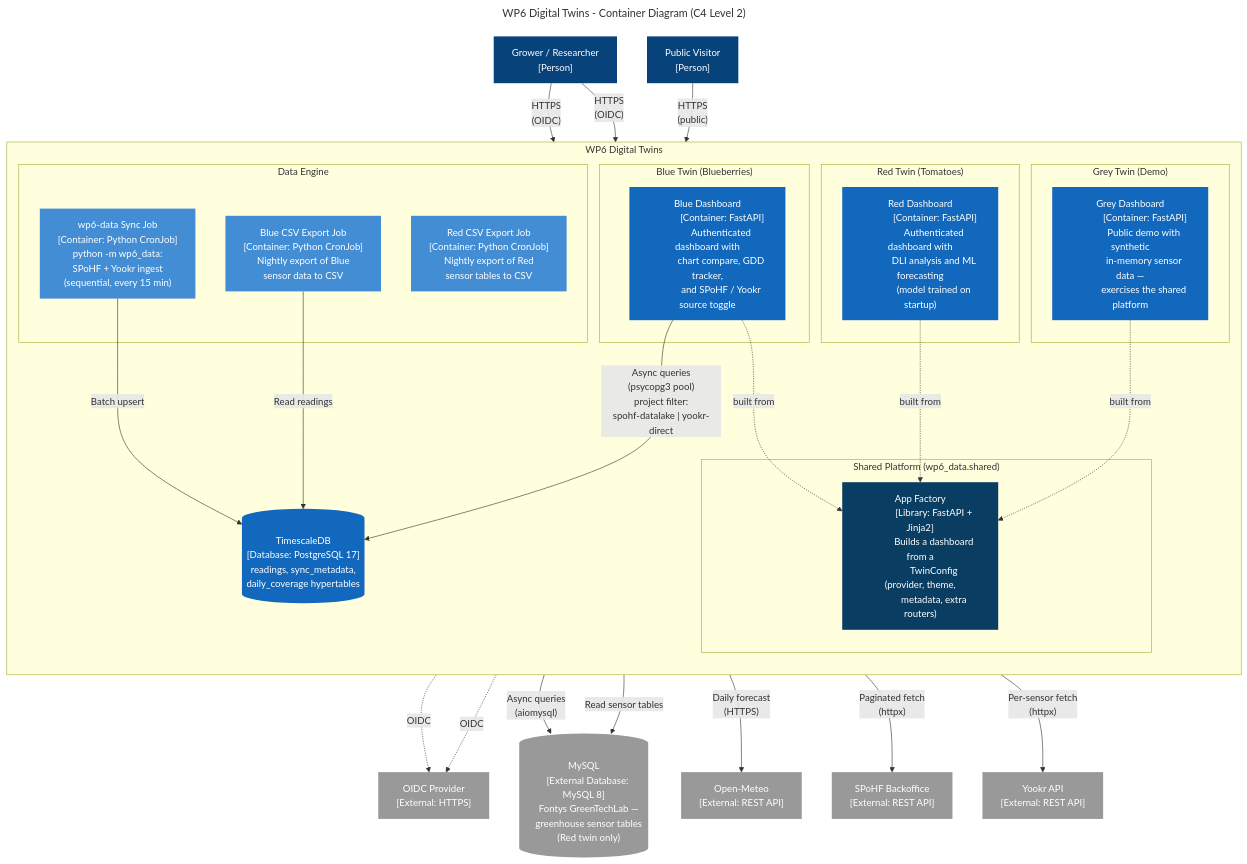
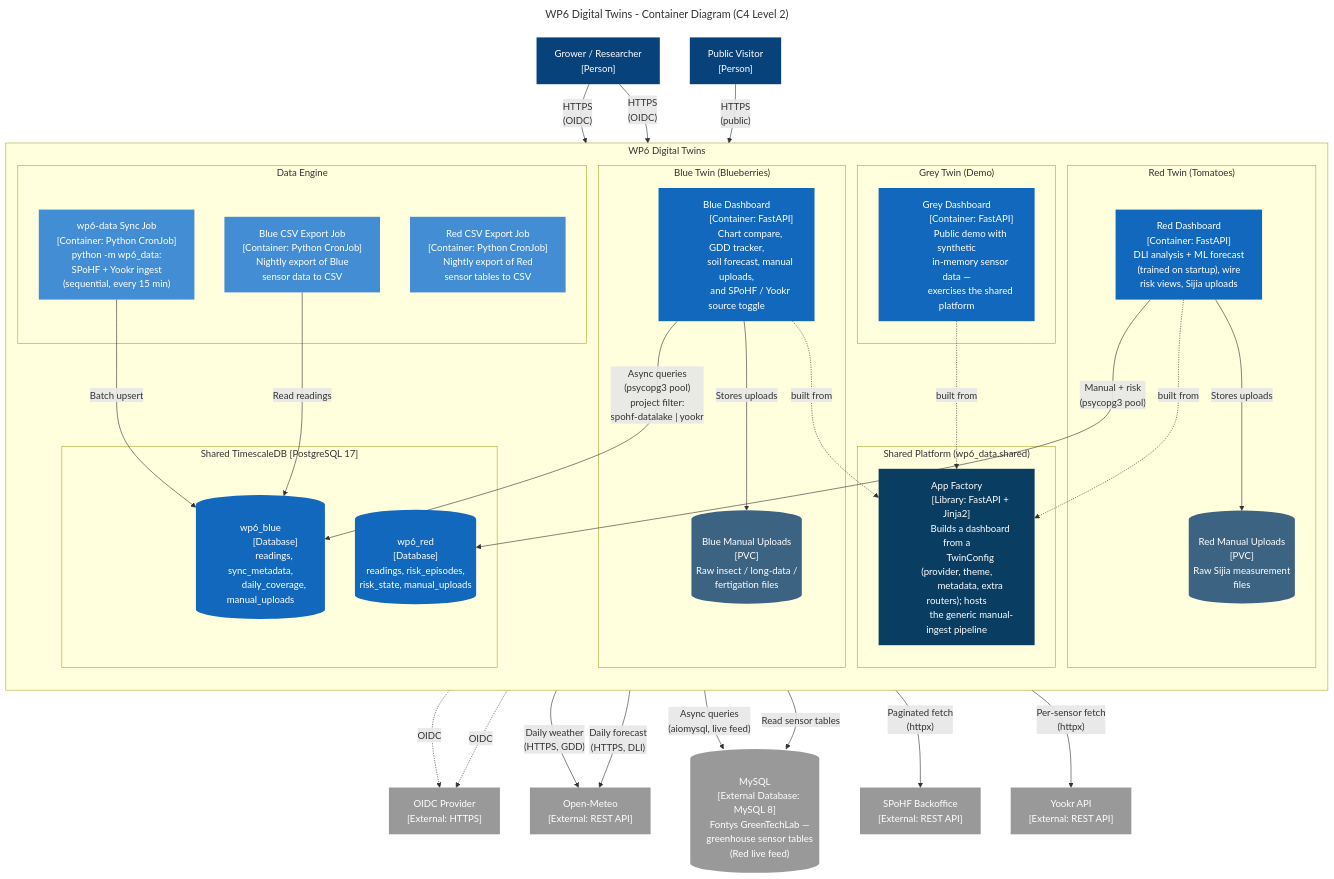
One commit to SPOHF/SPoHF-WP6-Twins changed the diagram in docs/architecture/diagrams/container-architecture.mmd. Above: the diagram before and after it, drawn with Mermaid. The commit also changed 4 other files, not shown here.

First line of the commit message:
docs(architecture): refresh C4 diagrams to current implementation

```diff
--- a/docs/architecture/diagrams/container-architecture.mmd
+++ b/docs/architecture/diagrams/container-architecture.mmd
@@ -1,120 +1,142 @@
 ---
 title: "WP6 Digital Twins - Container Diagram (C4 Level 2)"
 ---
 graph TB
     %% SSOT — also embedded in docs/architecture/index.md.
     %% Edit this file first, then mirror into index.md.
     classDef person fill:#08427b,color:#fff,stroke:none
     classDef container fill:#1168bd,color:#fff,stroke:none
     classDef database fill:#1168bd,color:#fff,stroke:none
     classDef external fill:#999,color:#fff,stroke:none
     classDef cronjob fill:#438dd5,color:#fff,stroke:none
     classDef shared fill:#0a3d62,color:#fff,stroke:none
+    classDef storage fill:#3c6382,color:#fff,stroke:none
 
     grower["Grower / Researcher
     [Person]"]:::person
     visitor["Public Visitor
     [Person]"]:::person
 
     subgraph wp6["WP6 Digital Twins"]
         direction TB
 
         subgraph platform["Shared Platform (wp6_data.shared)"]
             app_factory["App Factory
             [Library: FastAPI + Jinja2]
             Builds a dashboard from a
             TwinConfig (provider, theme,
-            metadata, extra routers)"]:::shared
+            metadata, extra routers); hosts
+            the generic manual-ingest pipeline"]:::shared
         end
 
         subgraph blue_twin["Blue Twin (Blueberries)"]
             blue_dash["Blue Dashboard
             [Container: FastAPI]
-            Authenticated dashboard with
-            chart compare, GDD tracker,
+            Chart compare, GDD tracker,
+            soil forecast, manual uploads,
             and SPoHF / Yookr source toggle"]:::container
+            blue_uploads[("Blue Manual Uploads
+            [PVC]
+            Raw insect / long-data /
+            fertigation files")]:::storage
         end
 
         subgraph red_twin["Red Twin (Tomatoes)"]
             red_dash["Red Dashboard
             [Container: FastAPI]
-            Authenticated dashboard with
-            DLI analysis and ML forecasting
-            (model trained on startup)"]:::container
+            DLI analysis + ML forecast
+            (trained on startup), wire
+            risk views, Sijia uploads"]:::container
+            red_uploads[("Red Manual Uploads
+            [PVC]
+            Raw Sijia measurement
+            files")]:::storage
         end
 
         subgraph grey_twin["Grey Twin (Demo)"]
             grey_dash["Grey Dashboard
             [Container: FastAPI]
             Public demo with synthetic
             in-memory sensor data —
             exercises the shared platform"]:::container
         end
 
         subgraph data_engine["Data Engine"]
             sync_job["wp6-data Sync Job
             [Container: Python CronJob]
             python -m wp6_data:
             SPoHF + Yookr ingest
             (sequential, every 15 min)"]:::cronjob
 
             blue_export["Blue CSV Export Job
             [Container: Python CronJob]
             Nightly export of Blue
             sensor data to CSV"]:::cronjob
 
             red_export["Red CSV Export Job
             [Container: Python CronJob]
             Nightly export of Red
             sensor tables to CSV"]:::cronjob
         end
 
-        tsdb[("TimescaleDB
-        [Database: PostgreSQL 17]
-        readings, sync_metadata,
-        daily_coverage hypertables")]:::database
+        subgraph tsdb_inst["Shared TimescaleDB [PostgreSQL 17]"]
+            tsdb_blue[("wp6_blue
+            [Database]
+            readings, sync_metadata,
+            daily_coverage, manual_uploads")]:::database
+            tsdb_red[("wp6_red
+            [Database]
+            readings, risk_episodes,
+            risk_state, manual_uploads")]:::database
+        end
     end
 
     mysqldb[("MySQL
     [External Database: MySQL 8]
     Fontys GreenTechLab —
     greenhouse sensor tables
-    (Red twin only)")]:::external
+    (Red live feed)")]:::external
 
     spohf["SPoHF Backoffice
     [External: REST API]"]:::external
     yookr["Yookr API
     [External: REST API]"]:::external
     openmeteo["Open-Meteo
     [External: REST API]"]:::external
     oidc["OIDC Provider
     [External: HTTPS]"]:::external
 
     %% User flows
     grower -->|"HTTPS\n(OIDC)"| blue_dash
     grower -->|"HTTPS\n(OIDC)"| red_dash
     visitor -->|"HTTPS\n(public)"| grey_dash
 
     %% Auth flow
     blue_dash -.->|"OIDC"| oidc
     red_dash -.->|"OIDC"| oidc
 
     %% Platform composition (each dashboard IS a configured app_factory)
     blue_dash -.->|"built from"| app_factory
     red_dash -.->|"built from"| app_factory
     grey_dash -.->|"built from"| app_factory
 
-    %% Data access
-    blue_dash -->|"Async queries\n(psycopg3 pool)\nproject filter:\nspohf-datalake | yookr-direct"| tsdb
-    red_dash -->|"Async queries\n(aiomysql)"| mysqldb
-    red_dash -->|"Daily forecast\n(HTTPS)"| openmeteo
+    %% Blue data access
+    blue_dash -->|"Async queries\n(psycopg3 pool)\nproject filter:\nspohf-datalake | yookr"| tsdb_blue
+    blue_dash -->|"Daily weather\n(HTTPS, GDD)"| openmeteo
+    blue_dash -->|"Stores uploads"| blue_uploads
+
+    %% Red data access (live feed from MySQL, manual + risk in TSDB)
+    red_dash -->|"Async queries\n(aiomysql, live feed)"| mysqldb
+    red_dash -->|"Manual + risk\n(psycopg3 pool)"| tsdb_red
+    red_dash -->|"Daily forecast\n(HTTPS, DLI)"| openmeteo
+    red_dash -->|"Stores uploads"| red_uploads
     %% grey_dash has no datastore (in-memory)
 
     %% Sync job (single process runs both ingests sequentially)
     sync_job -->|"Paginated fetch\n(httpx)"| spohf
     sync_job -->|"Per-sensor fetch\n(httpx)"| yookr
-    sync_job -->|"Batch upsert"| tsdb
+    sync_job -->|"Batch upsert"| tsdb_blue
 
     %% Export jobs
-    blue_export -->|"Read readings"| tsdb
+    blue_export -->|"Read readings"| tsdb_blue
     red_export -->|"Read sensor tables"| mysqldb
```
